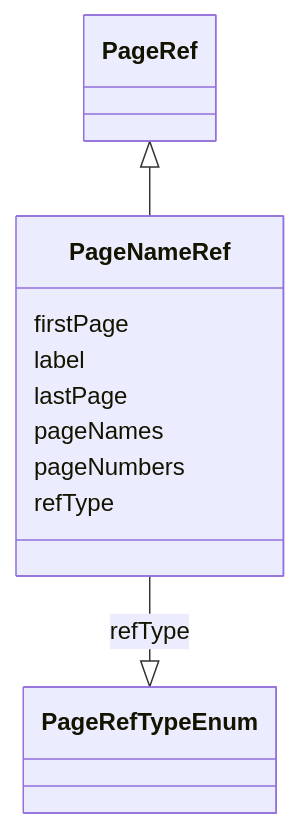
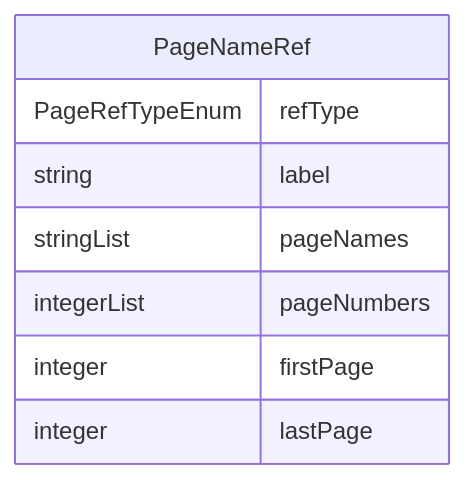
The diagram in project/docs/PageNameRef.md (cdisc-org/analysis-results-standard), drawn with Mermaid before and after one commit. The commit also changed 131 other files, not shown here.

Commit message:
Add top-level diagram to documentation

````diff
--- a/project/docs/PageNameRef.md
+++ b/project/docs/PageNameRef.md
@@ -14,21 +13,14 @@
 ```mermaid
- classDiagram
-    class PageNameRef
-      PageRef <|-- PageNameRef
-      
-      PageNameRef : firstPage
-        
-      PageNameRef : label
-        
-      PageNameRef : lastPage
-        
-      PageNameRef : pageNames
-        
-      PageNameRef : pageNumbers
-        
-      PageNameRef : refType
-        
-          PageNameRef --|> PageRefTypeEnum : refType
-        
-      
+erDiagram
+PageNameRef {
+    PageRefTypeEnum refType  
+    string label  
+    stringList pageNames  
+    integerList pageNumbers  
+    integer firstPage  
+    integer lastPage  
+}
+
+
+
 ```
````
